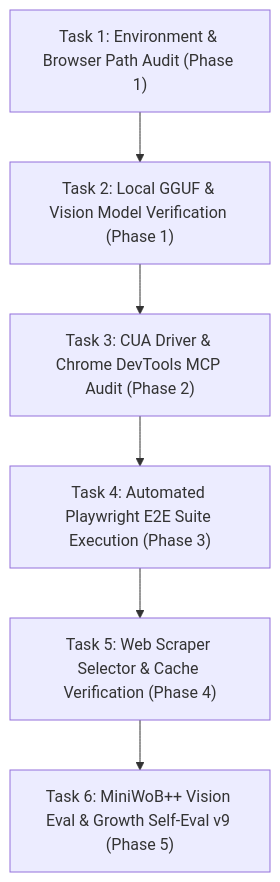
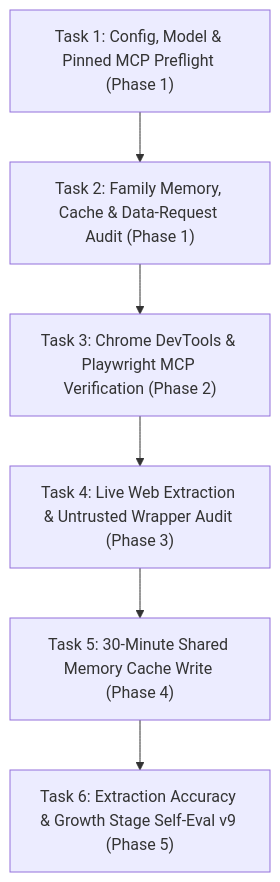
Before and after one commit to beer-sakthai/Sak-Family-Agent: the diagram in personas/saksee/PLAN.md, drawn with Mermaid. The commit also changed other lines of this file and 92 other files, not shown here.

````diff
--- a/personas/saksee/PLAN.md
+++ b/personas/saksee/PLAN.md
@@ -10,8 +10,8 @@
 ```mermaid
 flowchart TD
-    T1["Task 1: Environment & Browser Path Audit (Phase 1)"] --> T2["Task 2: Local GGUF & Vision Model Verification (Phase 1)"]
-    T2 --> T3["Task 3: CUA Driver & Chrome DevTools MCP Audit (Phase 2)"]
-    T3 --> T4["Task 4: Automated Playwright E2E Suite Execution (Phase 3)"]
-    T4 --> T5["Task 5: Web Scraper Selector & Cache Verification (Phase 4)"]
-    T5 --> T6["Task 6: MiniWoB++ Vision Eval & Growth Self-Eval v9 (Phase 5)"]
+    T1["Task 1: Config, Model & Pinned MCP Preflight (Phase 1)"] --> T2["Task 2: Family Memory, Cache & Data-Request Audit (Phase 1)"]
+    T2 --> T3["Task 3: Chrome DevTools & Playwright MCP Verification (Phase 2)"]
+    T3 --> T4["Task 4: Live Web Extraction & Untrusted Wrapper Audit (Phase 3)"]
+    T4 --> T5["Task 5: 30-Minute Shared Memory Cache Write (Phase 4)"]
+    T5 --> T6["Task 6: Extraction Accuracy & Growth Stage Self-Eval v9 (Phase 5)"]
 ```
````
